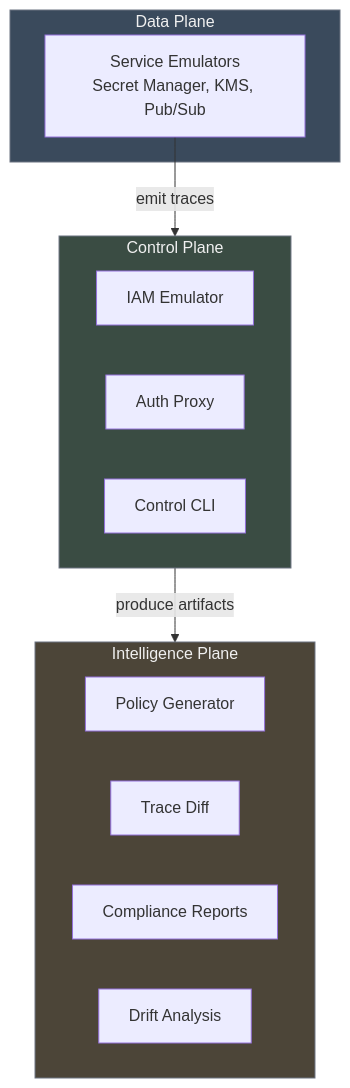
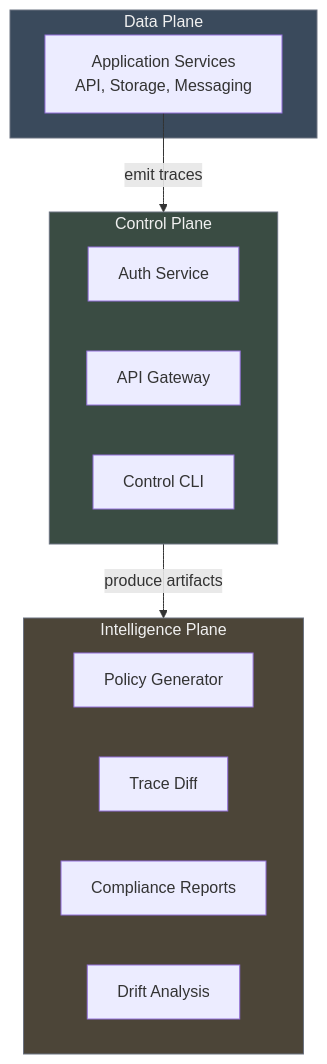
One commit to blackwell-systems/blog changed the diagram in content/posts/artifact-boundary-productization.md. Above: the diagram before and after it, drawn with Mermaid. The commit also changed other lines of this file, not shown here.

Commit message:
Generalize all emulator references to distributed systems and runtime

```diff
--- a/content/posts/artifact-boundary-productization.md
+++ b/content/posts/artifact-boundary-productization.md
@@ -174,26 +174,26 @@
 {{< mermaid >}}
 flowchart TB
     subgraph data["Data Plane"]
-        services[Service Emulators<br/>Secret Manager, KMS, Pub/Sub]
+        services[Application Services<br/>API, Storage, Messaging]
     end
     
     subgraph control["Control Plane"]
-        iam[IAM Emulator]
-        proxy[Auth Proxy]
+        auth[Auth Service]
+        proxy[API Gateway]
         cli[Control CLI]
     end
     
     subgraph intelligence["Intelligence Plane"]
         policy[Policy Generator]
         diff[Trace Diff]
         compliance[Compliance Reports]
         analysis[Drift Analysis]
     end
     
     services -->|emit traces| control
     control -->|produce artifacts| intelligence
     
     style data fill:#3A4A5C,stroke:#6b7280,color:#f0f0f0
     style control fill:#3A4C43,stroke:#6b7280,color:#f0f0f0
     style intelligence fill:#4C4538,stroke:#6b7280,color:#f0f0f0
 {{< /mermaid >}}
```
